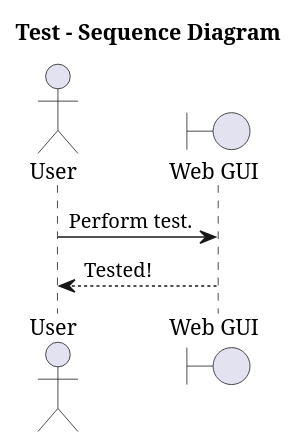
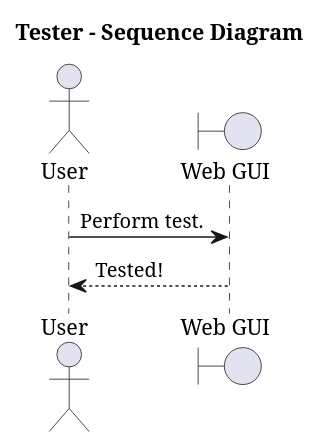
Before and after one commit to rolfmadsen/plantuml: the diagram in docs/test_in_docs.puml, drawn with PlantUML.

```diff
--- a/docs/test_in_docs.puml
+++ b/docs/test_in_docs.puml
@@ -1,11 +1,11 @@
 @startuml
 
-title "Test - Sequence Diagram"
+title "Tester - Sequence Diagram"
 
 actor User
 boundary "Web GUI" as GUI
 
 User -> GUI: Perform test.
 GUI --> User: Tested!
 
 @enduml
```
